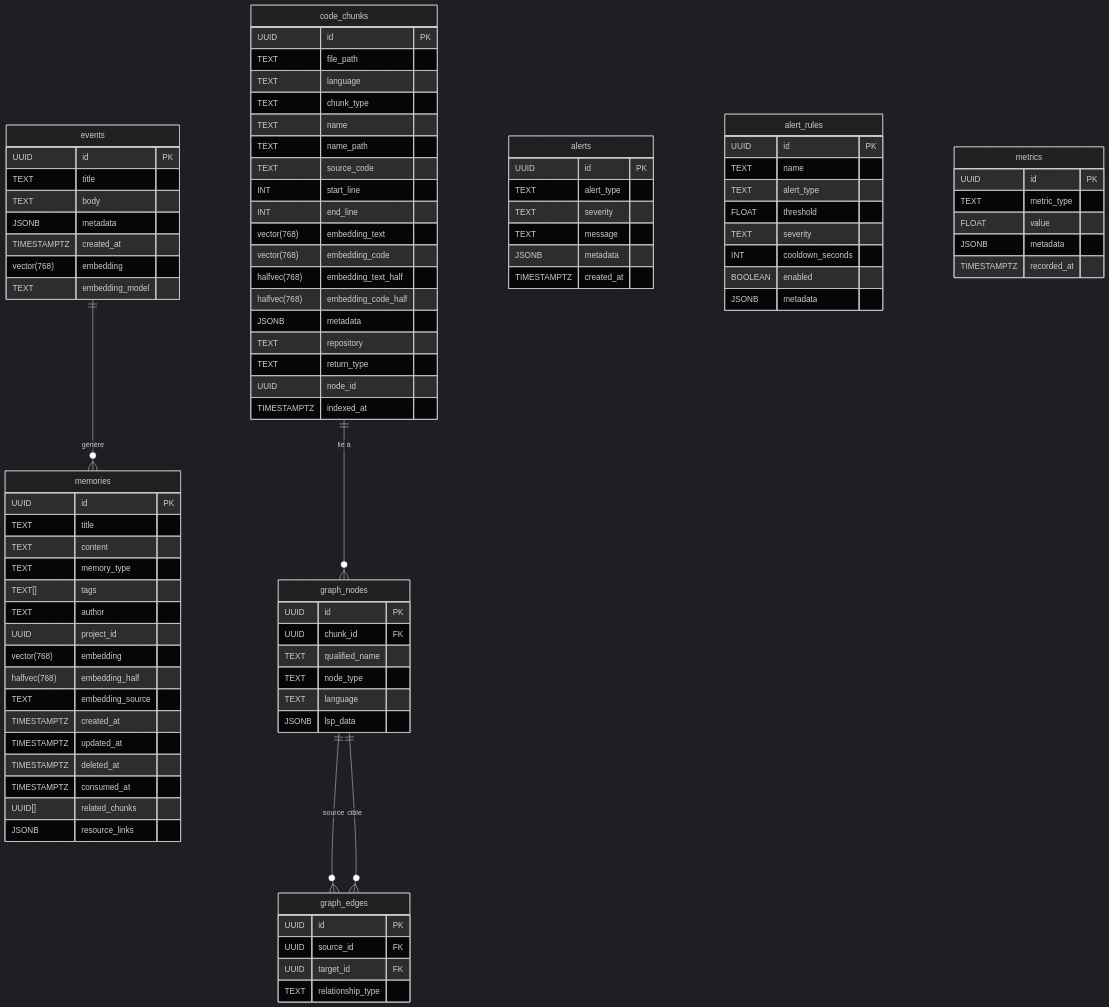
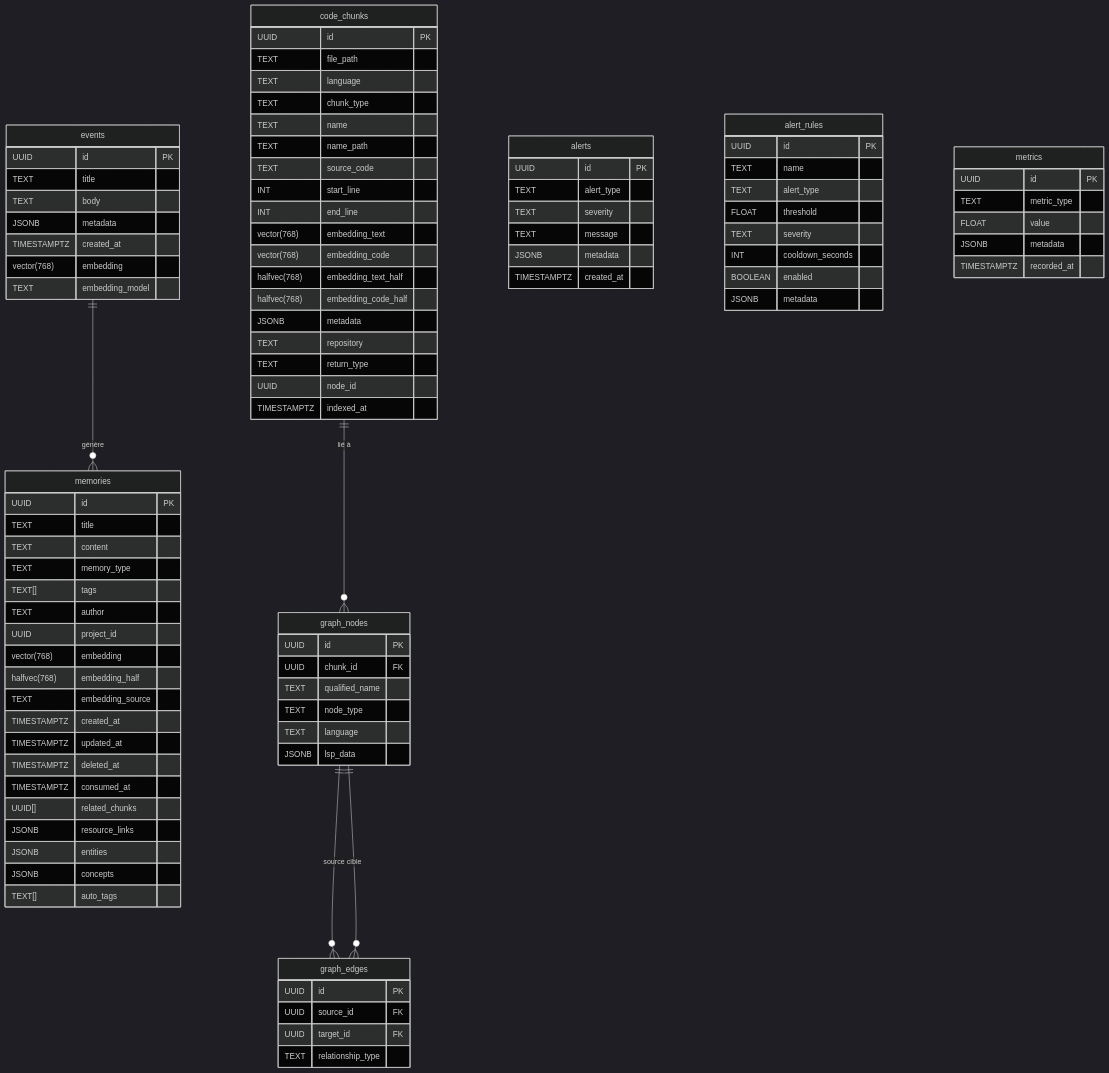
The seventh of 10 diagrams in docs/ARCHITECTURE.md (giak/mnemo-lite), drawn with Mermaid (dark theme) before and after one commit. The commit also changed other lines of this file, not shown here.

First line of the commit message:
docs: fix ARCHITECTURE.md diagrams — accurate topology and services

```diff
--- a/docs/ARCHITECTURE.md
+++ b/docs/ARCHITECTURE.md
@@ -290,6 +306,9 @@
         TIMESTAMPTZ consumed_at
         UUID[] related_chunks
         JSONB resource_links
+        JSONB entities
+        JSONB concepts
+        TEXT[] auto_tags
     }
 
     code_chunks {
```
